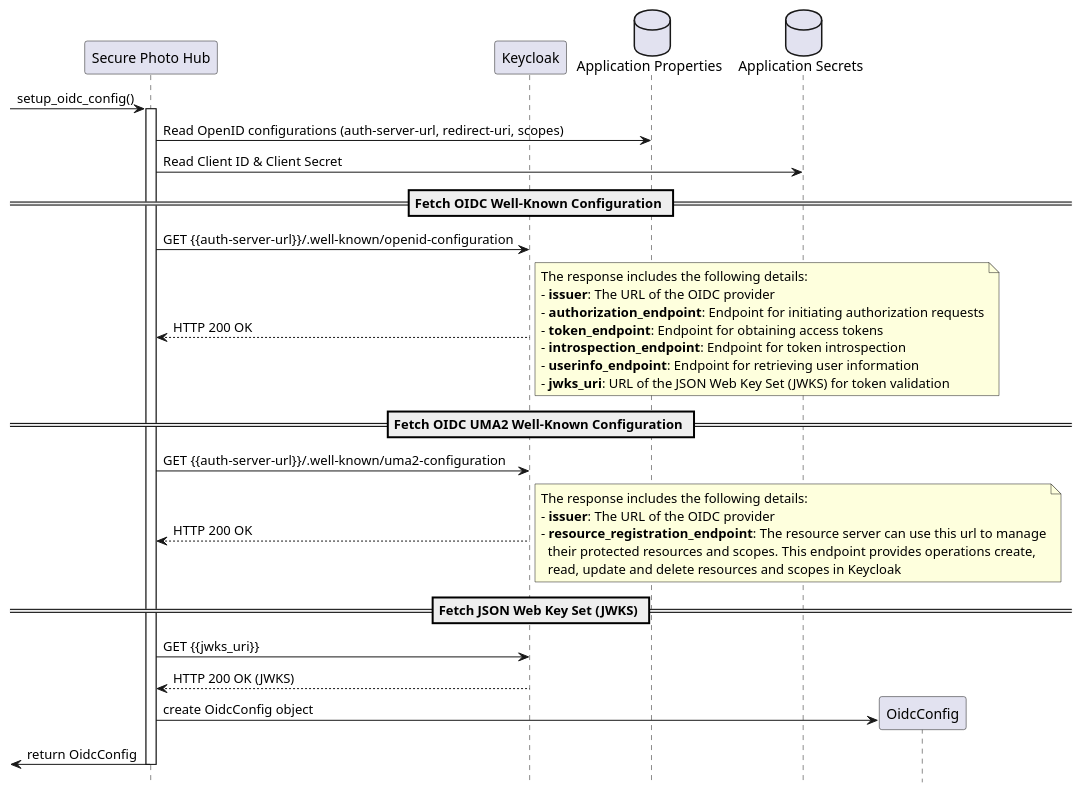
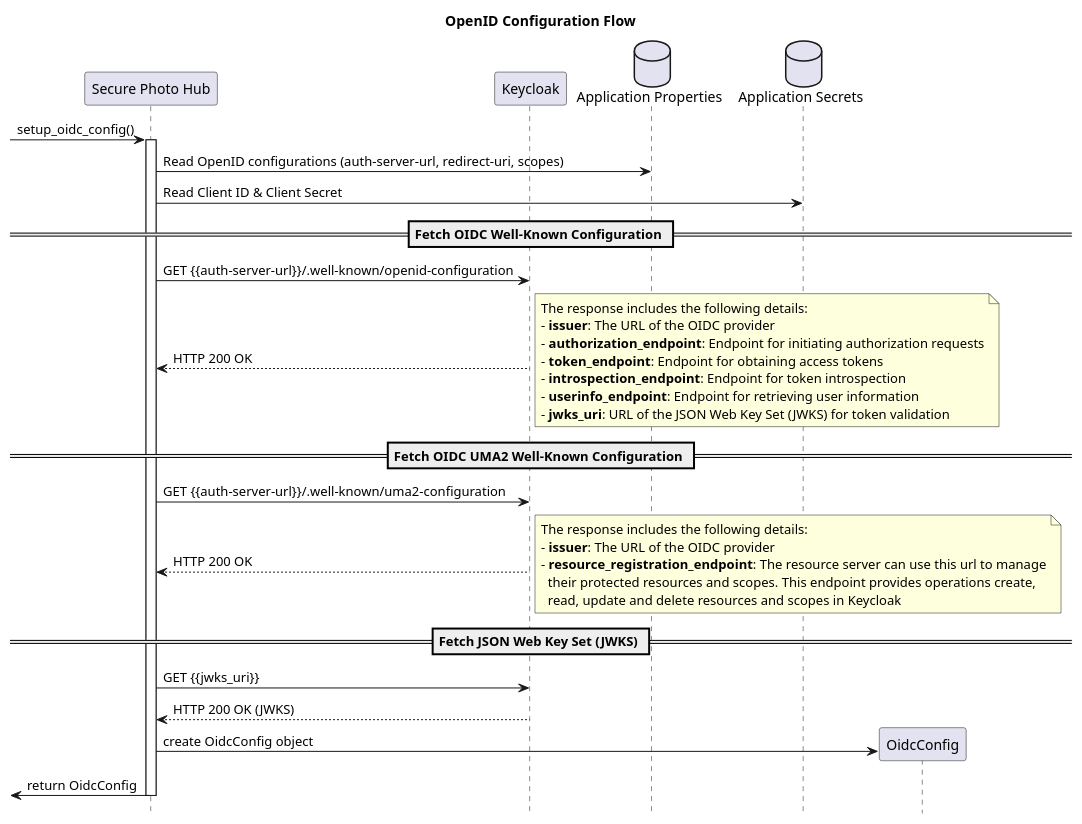
One commit to vtramo/secure-photo-hub changed the diagram in plantuml/config/1-openid-wellknown-config-jwks-startup.puml. Above: the diagram before and after it, drawn with PlantUML. The commit also changed 7 other files, not shown here.

Commit message:
docs: add bearer token authentication sequence diagram

```diff
--- a/plantuml/config/1-openid-wellknown-config-jwks-startup.puml
+++ b/plantuml/config/1-openid-wellknown-config-jwks-startup.puml
@@ -1,46 +1,47 @@
 @startuml
 hide footbox
+title OpenID Configuration Flow
 participant "Secure Photo Hub" as SecurePhotoHub
 participant Keycloak
 database "Application Properties" as AppProperties
 database "Application Secrets" as AppSecrets
 
 [-> SecurePhotoHub : setup_oidc_config()
 activate SecurePhotoHub
 
 SecurePhotoHub -> AppProperties : Read OpenID configurations (auth-server-url, redirect-uri, scopes)
 SecurePhotoHub -> AppSecrets : Read Client ID & Client Secret
 
 == Fetch OIDC Well-Known Configuration ==
 SecurePhotoHub -> Keycloak : GET {{auth-server-url}}/.well-known/openid-configuration
 Keycloak --> SecurePhotoHub : HTTP 200 OK
 note right
 The response includes the following details:
 - **issuer**: The URL of the OIDC provider
 - **authorization_endpoint**: Endpoint for initiating authorization requests
 - **token_endpoint**: Endpoint for obtaining access tokens
 - **introspection_endpoint**: Endpoint for token introspection
 - **userinfo_endpoint**: Endpoint for retrieving user information
 - **jwks_uri**: URL of the JSON Web Key Set (JWKS) for token validation
 end note
 
 == Fetch OIDC UMA2 Well-Known Configuration ==
 SecurePhotoHub -> Keycloak : GET {{auth-server-url}}/.well-known/uma2-configuration
 Keycloak --> SecurePhotoHub : HTTP 200 OK
 note right
 The response includes the following details:
 - **issuer**: The URL of the OIDC provider
 - **resource_registration_endpoint**: The resource server can use this url to manage
   their protected resources and scopes. This endpoint provides operations create,
   read, update and delete resources and scopes in Keycloak
 end note
 
 == Fetch JSON Web Key Set (JWKS) ==
 SecurePhotoHub -> Keycloak : GET {{jwks_uri}}
 Keycloak --> SecurePhotoHub : HTTP 200 OK (JWKS)
 
 create OidcConfig
 SecurePhotoHub -> OidcConfig : create OidcConfig object
 [<- SecurePhotoHub : return OidcConfig
 deactivate SecurePhotoHub
 @enduml
```
